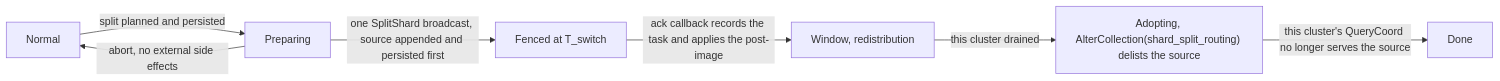
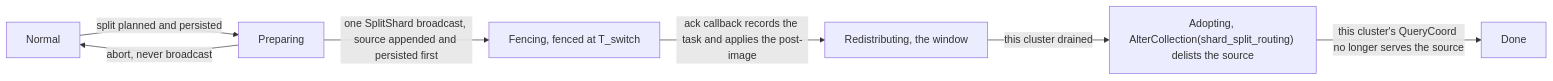
The first of 4 diagrams in docs/design-docs/design_docs/20260610-shard_split.md (milvus-io/milvus), drawn with Mermaid before and after one commit. The commit also changed other lines of this file, not shown here.

First line of the commit message:
doc: bring shard split design doc in line with the final branch

````diff
--- a/docs/design-docs/design_docs/20260610-shard_split.md
+++ b/docs/design-docs/design_docs/20260610-shard_split.md
@@ -442,9 +504,9 @@
 ```mermaid
 flowchart LR
     IDLE["Normal"] -->|"split planned and persisted"| PREP["Preparing"]
-    PREP -->|"abort, no external side effects"| IDLE
-    PREP -->|"one SplitShard broadcast, source appended and persisted first"| FENCE["Fenced at T_switch"]
-    FENCE -->|"ack callback records the task and applies the post-image"| WIN["Window, redistribution"]
+    PREP -->|"abort, never broadcast"| IDLE
+    PREP -->|"one SplitShard broadcast, source appended and persisted first"| FENCE["Fencing, fenced at T_switch"]
+    FENCE -->|"ack callback records the task and applies the post-image"| WIN["Redistributing, the window"]
     WIN -->|"this cluster drained"| ADOPT["Adopting, AlterCollection(shard_split_routing) delists the source"]
     ADOPT -->|"this cluster's QueryCoord no longer serves the source"| DONE["Done"]
 ```
````
